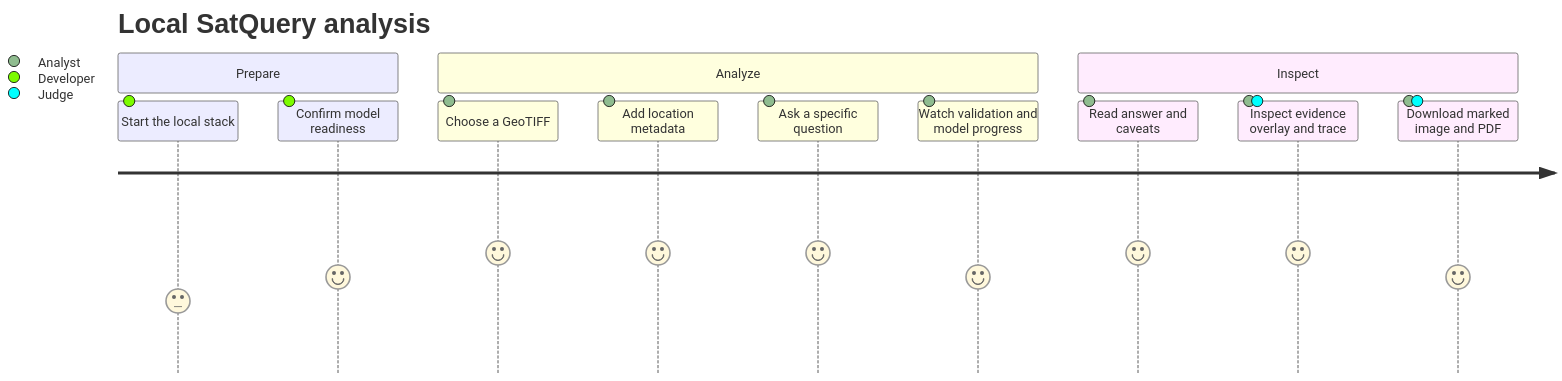
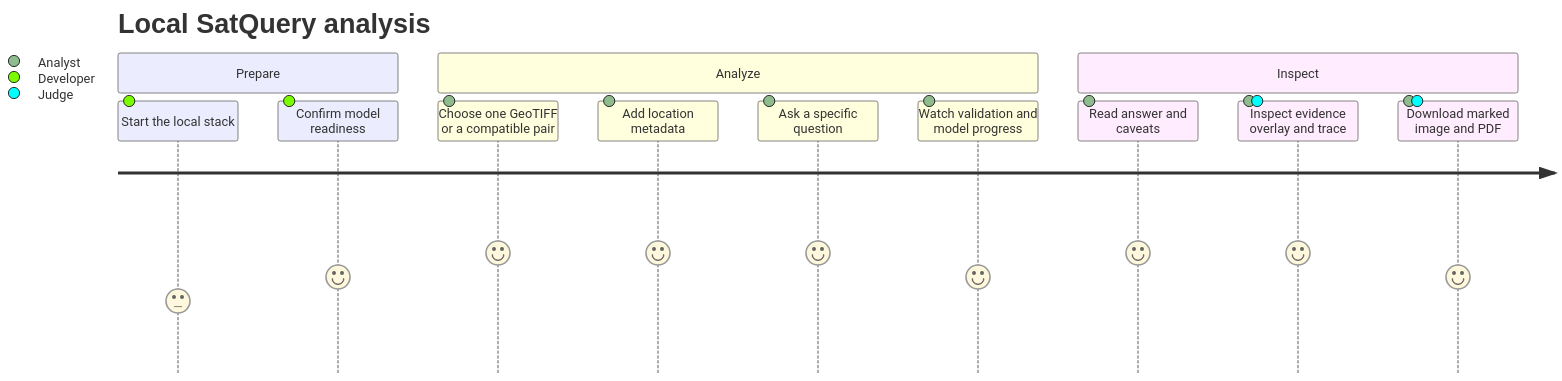
The first of 2 diagrams in docs/PRD.md (aanandmodi/StatqueryAI), drawn with Mermaid before and after one commit. The commit also changed other lines of this file and 25 other files, not shown here.

````diff
--- a/docs/PRD.md
+++ b/docs/PRD.md
@@ -70,16 +73,16 @@
 ```mermaid
 journey
     title Local SatQuery analysis
     section Prepare
       Start the local stack: 3: Developer
       Confirm model readiness: 4: Developer
     section Analyze
-      Choose a GeoTIFF: 5: Analyst
+      Choose one GeoTIFF or a compatible pair: 5: Analyst
       Add location metadata: 5: Analyst
       Ask a specific question: 5: Analyst
       Watch validation and model progress: 4: Analyst
     section Inspect
       Read answer and caveats: 5: Analyst
       Inspect evidence overlay and trace: 5: Analyst, Judge
       Download marked image and PDF: 4: Analyst, Judge
 ```
````
